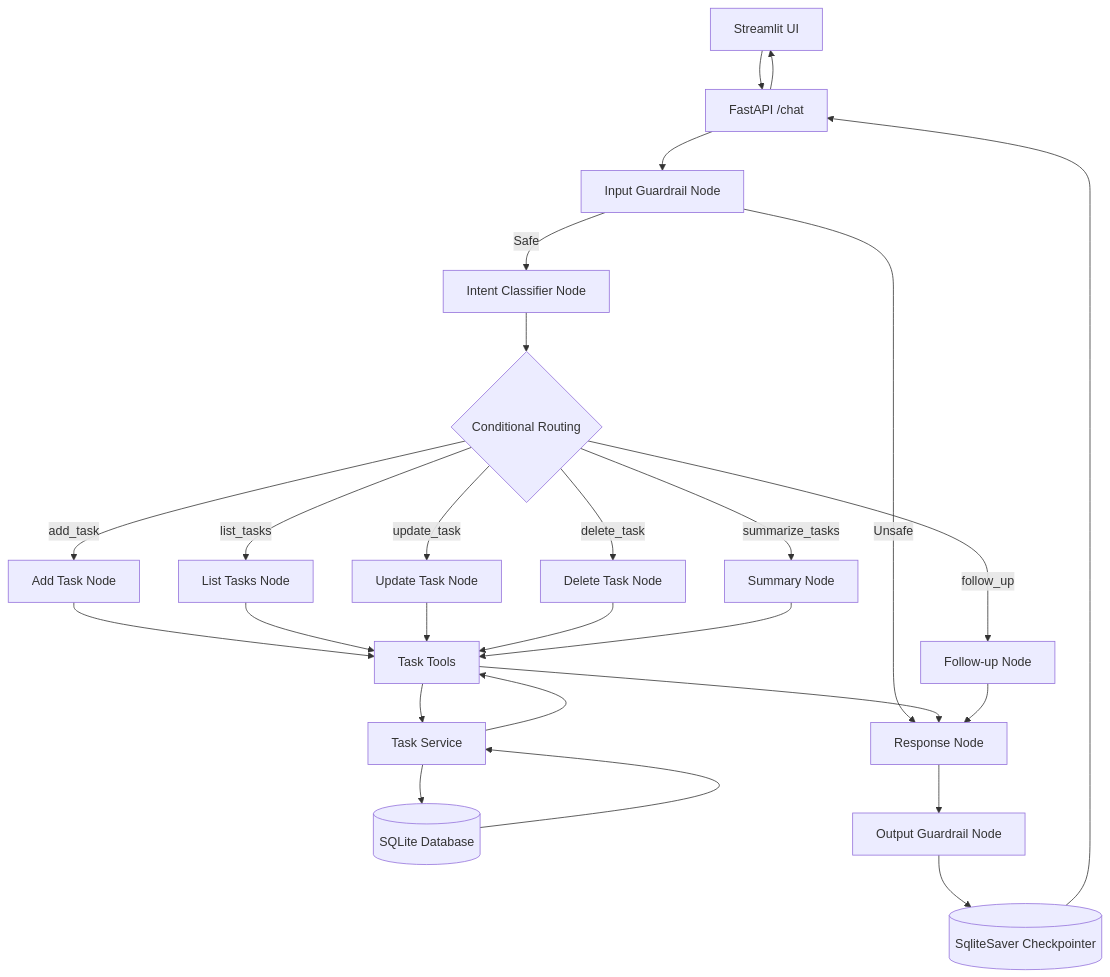
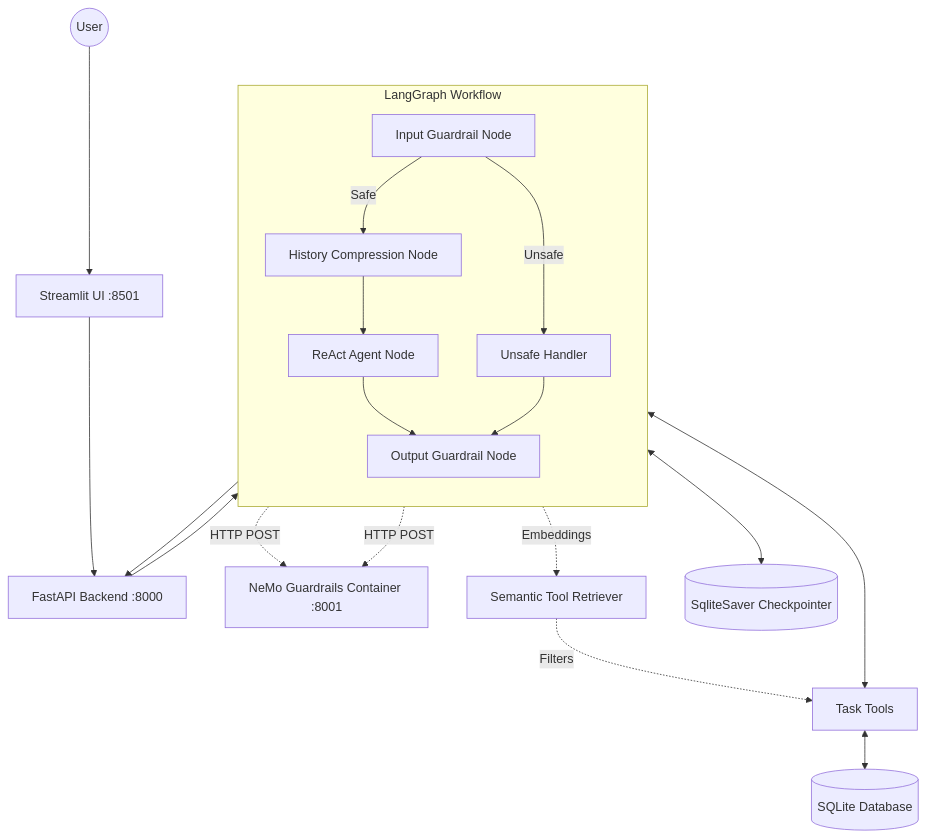
The diagram in README.md (Ashminita28/productivity-assistant), drawn with Mermaid before and after one commit. The commit also changed other lines of this file, not shown here.

Commit message:
refactor(README): modify readme with changes made in codebase

````diff
--- a/README.md
+++ b/README.md
@@ -35,35 +41,34 @@
 ```mermaid
 flowchart TD
-  UI[Streamlit UI] --> API[FastAPI /chat]
-  API --> guard1[Input Guardrail Node]
+  User((User)) --> UI[Streamlit UI :8501]
+  UI --> API[FastAPI Backend :8000]
   
-  guard1 -->|Unsafe| respond[Response Node]
-  guard1 -->|Safe| classify[Intent Classifier Node]
+  subgraph LangGraph Workflow
+    direction TB
+    in_guard[Input Guardrail Node]
+    history[History Compression Node]
+    react[ReAct Agent Node]
+    out_guard[Output Guardrail Node]
+    unsafe[Unsafe Handler]
+    
+    in_guard -->|Safe| history
+    in_guard -->|Unsafe| unsafe
+    history --> react
+    react --> out_guard
+    unsafe --> out_guard
+  end
+
+  API --> in_guard
+  out_guard --> API
   
-  classify --> route{Conditional Routing}
+  %% Microservice integrations
+  in_guard -. HTTP POST .-> Nemo[NeMo Guardrails Container :8001]
+  out_guard -. HTTP POST .-> Nemo
   
-  route -->|add_task| add[Add Task Node]
-  route -->|list_tasks| list[List Tasks Node]
-  route -->|update_task| update[Update Task Node]
-  route -->|delete_task| delete[Delete Task Node]
-  route -->|summarize_tasks| summary[Summary Node]
-  route -->|follow_up| clarify[Follow-up Node]
-
-  add --> tools[Task Tools]
-  list --> tools
-  update --> tools
-  delete --> tools
-  summary --> tools
-
-  tools --> service[Task Service]
-  service --> db[(SQLite Database)]
-  db --> service
-  service --> tools
-  tools --> respond
-  clarify --> respond
+  react -. Embeddings .-> Semantic[Semantic Tool Retriever]
+  Semantic -. Filters .-> Tools[Task Tools]
+  react <--> Tools
+  Tools <--> DB[(SQLite Database)]
   
-  respond --> guard2[Output Guardrail Node]
-  guard2 --> ckpt[(SqliteSaver Checkpointer)]
-  ckpt --> API
-  API --> UI
+  out_guard <--> Ckpt[(SqliteSaver Checkpointer)]
 ```
````
